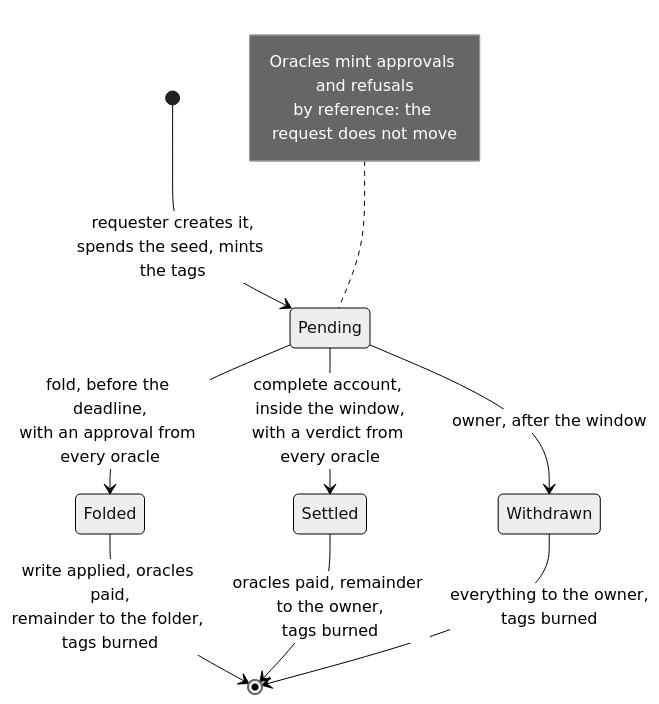
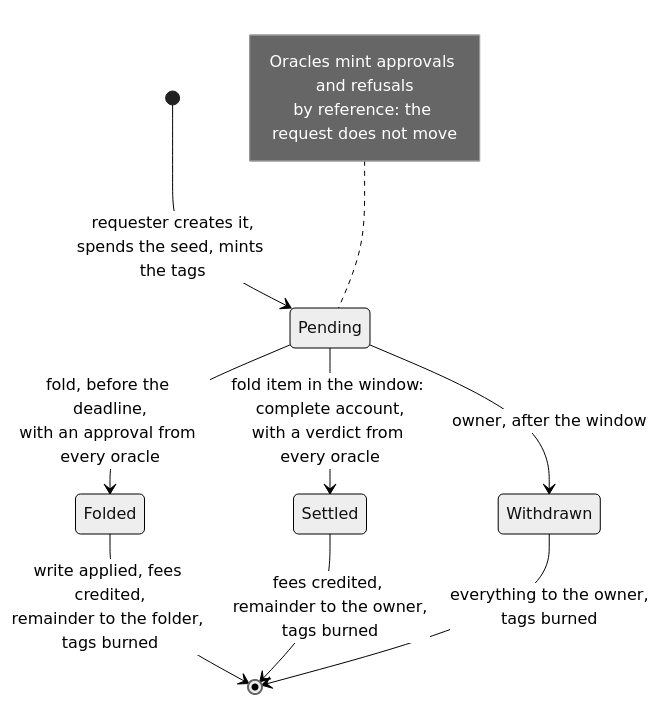
The first of 7 diagrams in docs/design/registries/lifecycle.md (cardano-foundation/cardano-mpfs-onchain), drawn with Mermaid (neutral theme) before and after one commit. The commit also changed other lines of this file and 8 other files, not shown here.

Commit message:
docs(specs): oracle identities, fees in the cage, claims and complete accounts as fold items

````diff
--- a/docs/design/registries/lifecycle.md
+++ b/docs/design/registries/lifecycle.md
@@ -13,14 +13,14 @@
 ```mermaid
 stateDiagram-v2
   [*] --> Pending: requester creates it,<br/>spends the seed, mints the tags
   Pending --> Folded: fold, before the deadline,<br/>with an approval from every oracle
-  Pending --> Settled: complete account, inside the window,<br/>with a verdict from every oracle
+  Pending --> Settled: fold item in the window: complete account,<br/>with a verdict from every oracle
   Pending --> Withdrawn: owner, after the window
-  Folded --> [*]: write applied, oracles paid,<br/>remainder to the folder, tags burned
-  Settled --> [*]: oracles paid, remainder to the owner,<br/>tags burned
+  Folded --> [*]: write applied, fees credited,<br/>remainder to the folder, tags burned
+  Settled --> [*]: fees credited, remainder to the owner,<br/>tags burned
   Withdrawn --> [*]: everything to the owner,<br/>tags burned
   note left of Pending
     Oracles mint approvals and refusals
     by reference: the request does not move
   end note
 ```
````
